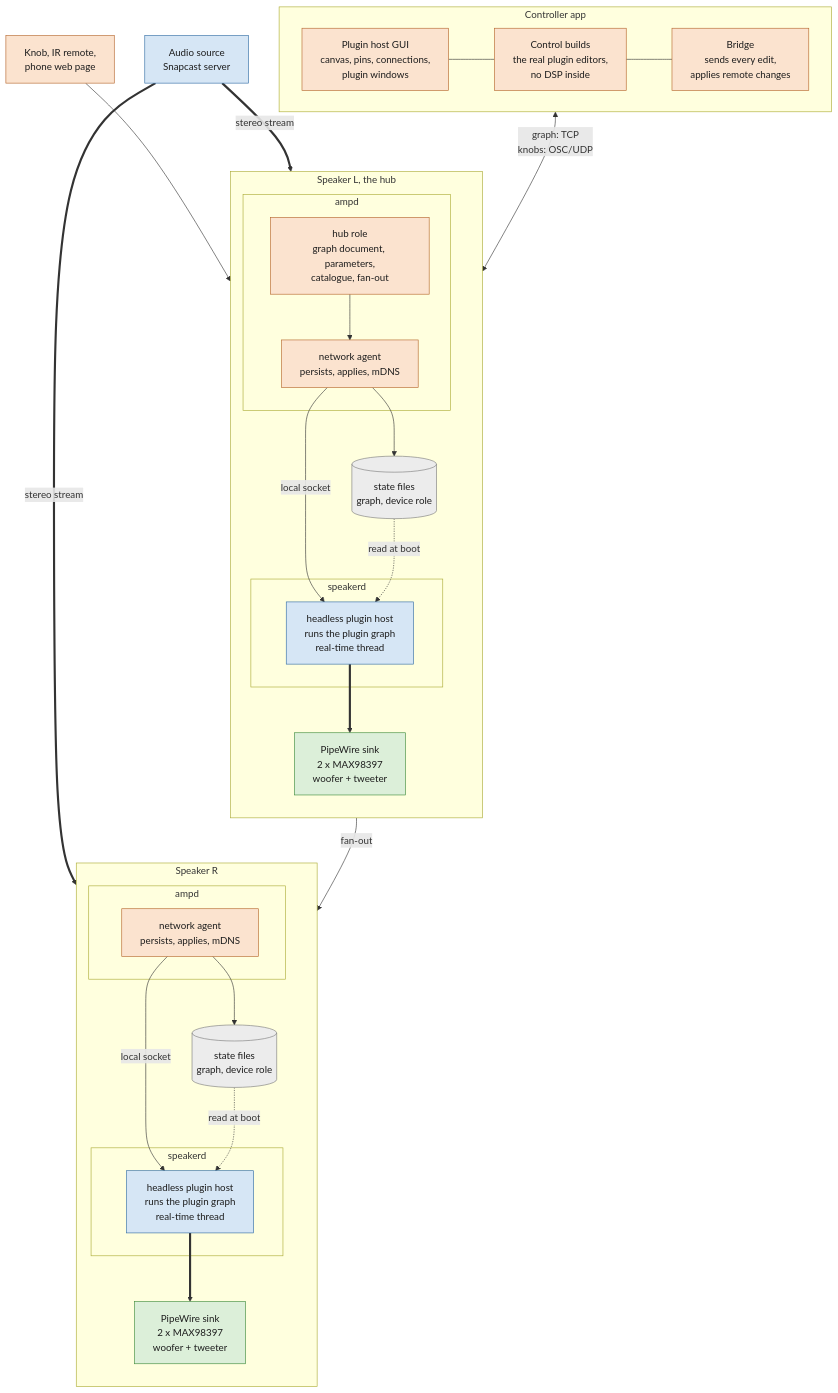
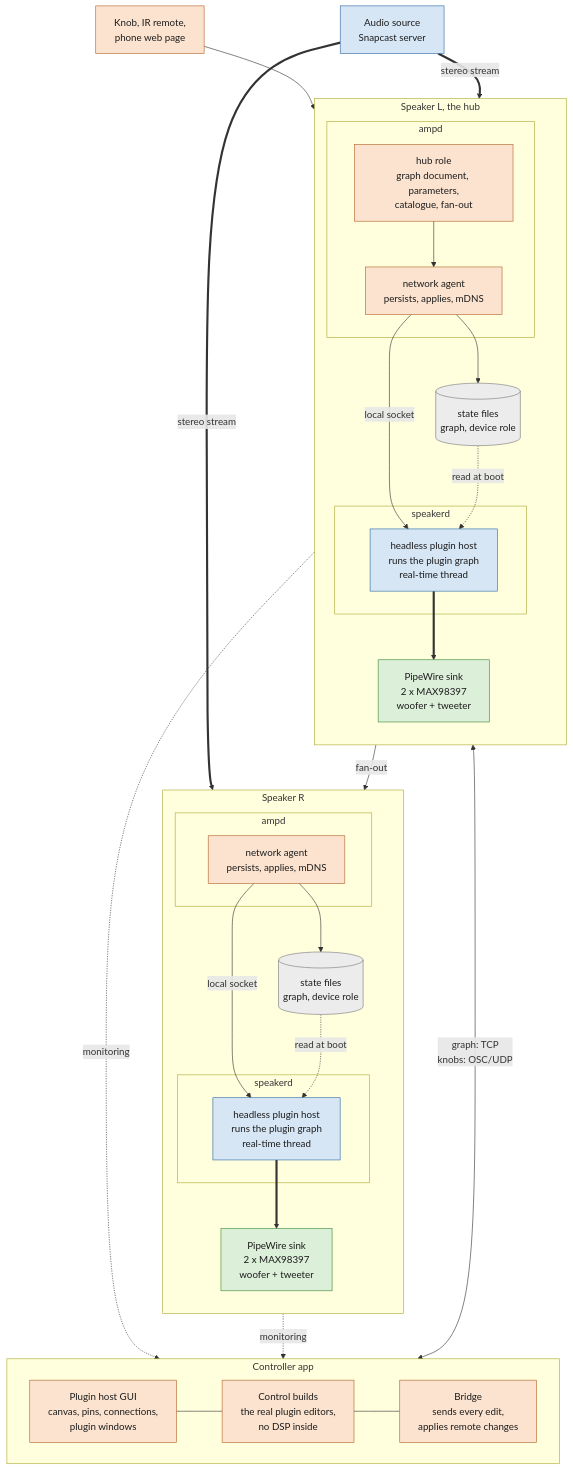
One commit to AMuszkat/bpi_amp_platform changed the first of 12 diagrams in docs/remote-plugin-host.md. Above: the diagram before and after it, drawn with Mermaid. The commit also changed other lines of this file and 1 other file, not shown here.

First line of the commit message:
Add monitoring from the speakers to the controller

````diff
--- a/docs/remote-plugin-host.md
+++ b/docs/remote-plugin-host.md
@@ -28,58 +30,60 @@
 ```mermaid
 flowchart TB
     classDef ctl fill:#fbe3cf,stroke:#b4642a,color:#1d1d1d
     classDef aud fill:#d6e6f5,stroke:#2f6aa3,color:#1d1d1d
     classDef sto fill:#ececec,stroke:#7a7a7a,color:#1d1d1d
     classDef hw fill:#dcefd9,stroke:#3d8a3a,color:#1d1d1d
 
     subgraph CTRL["Controller app"]
         direction LR
         gui["Plugin host GUI<br/>canvas, pins, connections,<br/>plugin windows"]:::ctl
         cb["Control builds<br/>the real plugin editors,<br/>no DSP inside"]:::ctl
         br["Bridge<br/>sends every edit,<br/>applies remote changes"]:::ctl
         gui --- cb --- br
     end
 
     local["Knob, IR remote,<br/>phone web page"]:::ctl
     src["Audio source<br/>Snapcast server"]:::aud
 
     subgraph SR["Speaker R"]
         direction TB
         subgraph AR["ampd"]
             agR["network agent<br/>persists, applies, mDNS"]:::ctl
         end
         stR[("state files<br/>graph, device role")]:::sto
         subgraph SDR["speakerd"]
             engR["headless plugin host<br/>runs the plugin graph<br/>real-time thread"]:::aud
         end
         ampR["PipeWire sink<br/>2 x MAX98397<br/>woofer + tweeter"]:::hw
         agR -- "local socket" --> engR
         agR --> stR
         stR -. "read at boot" .-> engR
         engR ==> ampR
     end
 
     subgraph SL["Speaker L, the hub"]
         direction TB
         subgraph AL["ampd"]
             hub["hub role<br/>graph document, parameters,<br/>catalogue, fan-out"]:::ctl
             agL["network agent<br/>persists, applies, mDNS"]:::ctl
         end
         stL[("state files<br/>graph, device role")]:::sto
         subgraph SDL["speakerd"]
             engL["headless plugin host<br/>runs the plugin graph<br/>real-time thread"]:::aud
         end
         ampL["PipeWire sink<br/>2 x MAX98397<br/>woofer + tweeter"]:::hw
         hub --> agL
         agL -- "local socket" --> engL
         agL --> stL
         stL -. "read at boot" .-> engL
         engL ==> ampL
     end
 
     br <-- "graph: TCP<br/>knobs: OSC/UDP" --> hub
     local --> hub
     hub -- "fan-out" --> agR
+    agL -. "monitoring" .-> br
+    agR -. "monitoring" .-> br
     src == "stereo stream" ==> engL
     src == "stereo stream" ==> engR
 ```
````
